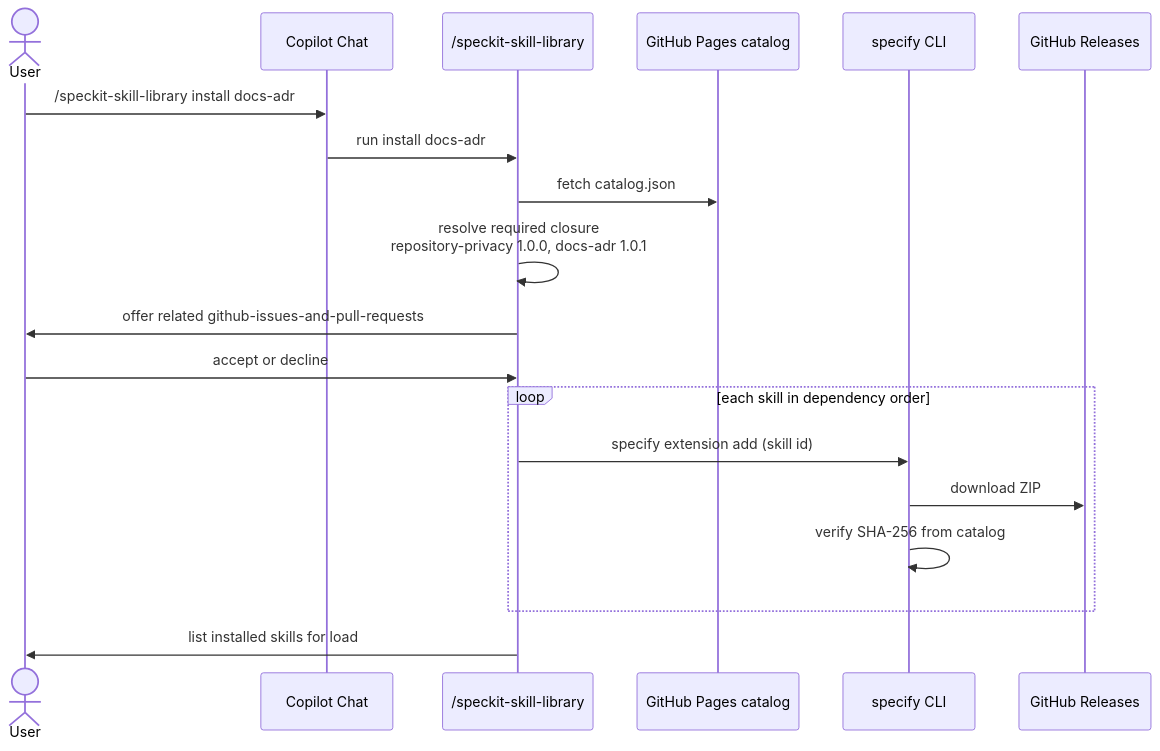
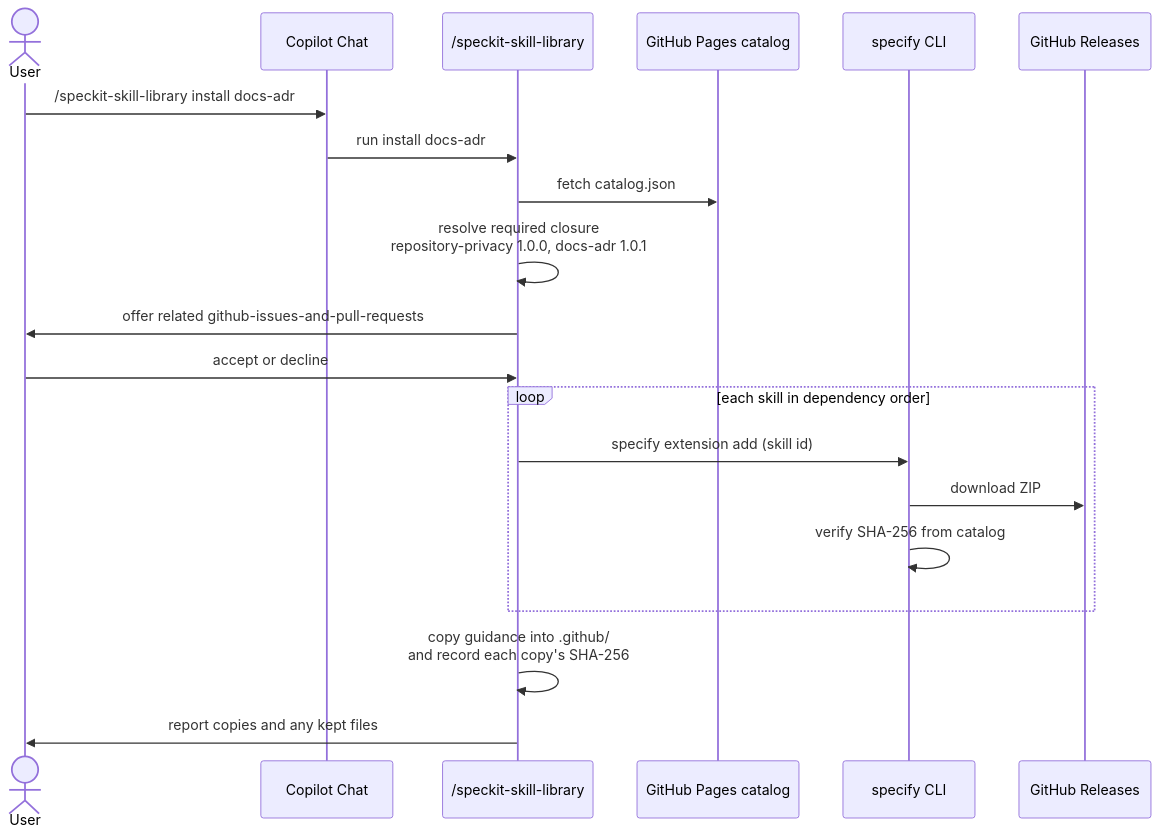
The sixth of 7 diagrams in docs/architecture.md (f2calv/.github), drawn with Mermaid before and after one commit. The commit also changed other lines of this file and 6 other files, not shown here.

````diff
--- a/docs/architecture.md
+++ b/docs/architecture.md
@@ -173,22 +173,23 @@
 ```mermaid
 sequenceDiagram
     actor User
     participant Chat as Copilot Chat
     participant Cmd as /speckit-skill-library
     participant Catalog as GitHub Pages catalog
     participant Specify as specify CLI
     participant Releases as GitHub Releases
 
     User->>Chat: /speckit-skill-library install docs-adr
     Chat->>Cmd: run install docs-adr
     Cmd->>Catalog: fetch catalog.json
     Cmd->>Cmd: resolve required closure<br/>repository-privacy 1.0.0, docs-adr 1.0.1
     Cmd->>User: offer related github-issues-and-pull-requests
     User->>Cmd: accept or decline
     loop each skill in dependency order
         Cmd->>Specify: specify extension add (skill id)
         Specify->>Releases: download ZIP
         Specify->>Specify: verify SHA-256 from catalog
     end
-    Cmd->>User: list installed skills for load
+    Cmd->>Cmd: copy guidance into .github/<br/>and record each copy's SHA-256
+    Cmd->>User: report copies and any kept files
 ```
````
